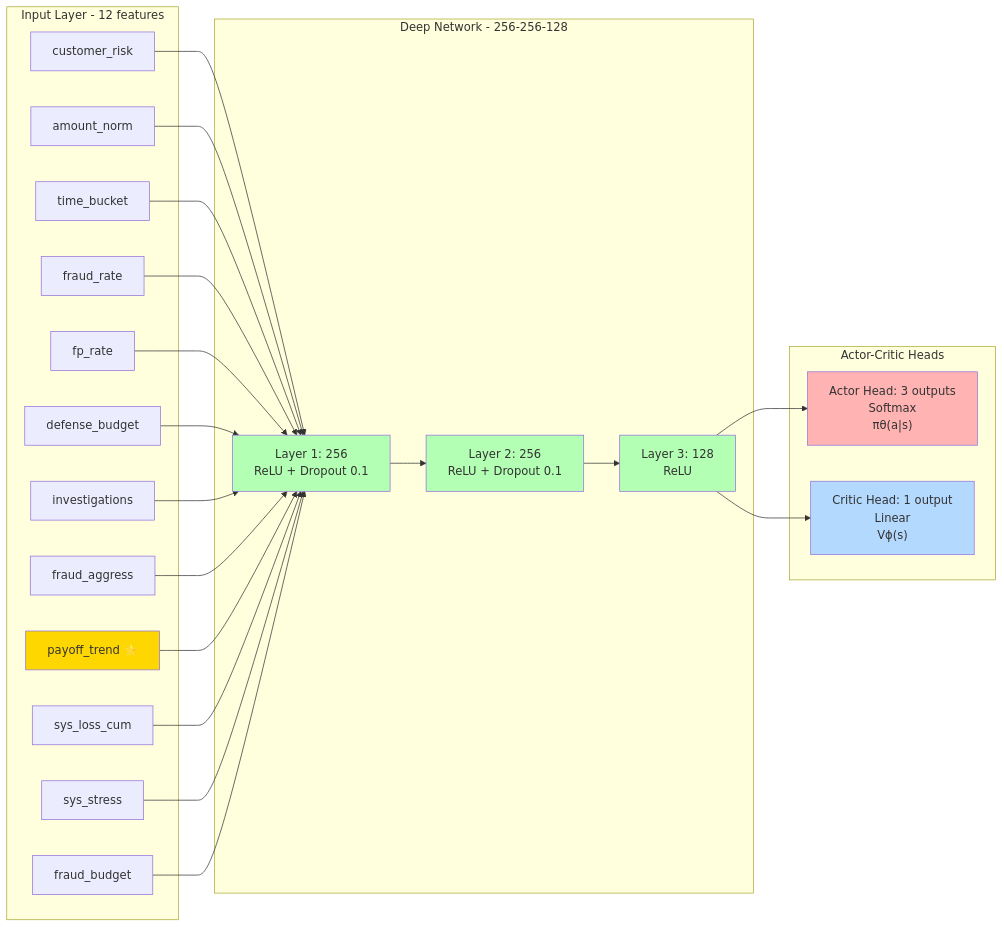
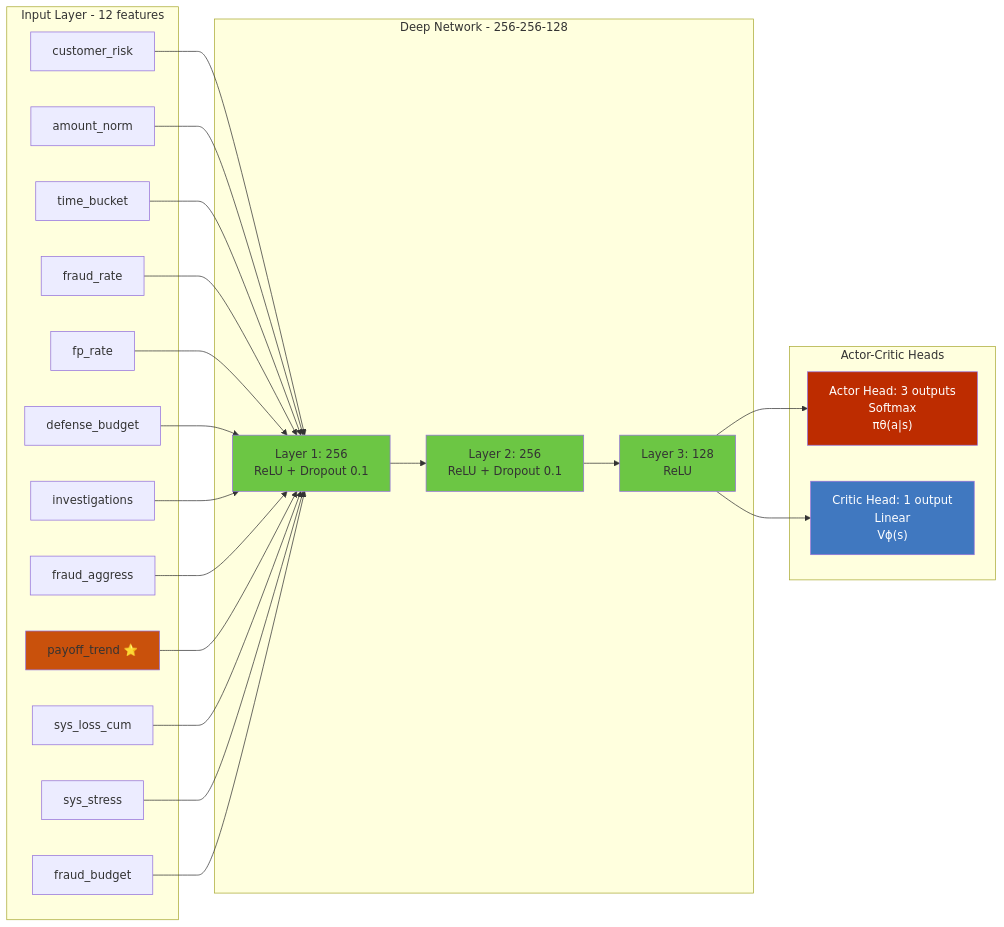
Before and after one commit to HelloCol2/markov-fraud-antigravity: the seventh of 14 diagrams in README.md, drawn with Mermaid. The commit also changed other lines of this file, not shown here.

````diff
--- a/README.md
+++ b/README.md
@@ -363,41 +362,41 @@
 ```mermaid
 graph LR
     subgraph "Input Layer - 12 features"
         I1[customer_risk]
         I2[amount_norm]
         I3[time_bucket]
         I4[fraud_rate]
         I5[fp_rate]
         I6[defense_budget]
         I7[investigations]
         I8[fraud_aggress]
         I9[payoff_trend ⭐]
         I10[sys_loss_cum]
         I11[sys_stress]
         I12[fraud_budget]
     end
     
     subgraph "Deep Network - 256-256-128"
         H1[Layer 1: 256<br/>ReLU + Dropout 0.1]
         H2[Layer 2: 256<br/>ReLU + Dropout 0.1]
         H3[Layer 3: 128<br/>ReLU]
     end
     
     subgraph "Actor-Critic Heads"
         Actor[Actor Head: 3 outputs<br/>Softmax<br/>πθ&lpar;a&vert;s&rpar;]
         Critic[Critic Head: 1 output<br/>Linear<br/>Vϕ&lpar;s&rpar;]
     end
     
     I1 & I2 & I3 & I4 & I5 & I6 & I7 & I8 & I9 & I10 & I11 & I12 --> H1
     H1 --> H2
     H2 --> H3
     H3 --> Actor
     H3 --> Critic
     
-    style I9 fill:#ffd700
-    style H1 fill:#b3ffb3
-    style H2 fill:#b3ffb3
-    style H3 fill:#b3ffb3
-    style Actor fill:#ffb3b3
-    style Critic fill:#b3d9ff
+    style I9 fill:#c9510c
+    style H1 fill:#6cc644
+    style H2 fill:#6cc644
+    style H3 fill:#6cc644
+    style Actor fill:#bd2c00,color:#fff
+    style Critic fill:#4078c0,color:#fff
 ```
````
